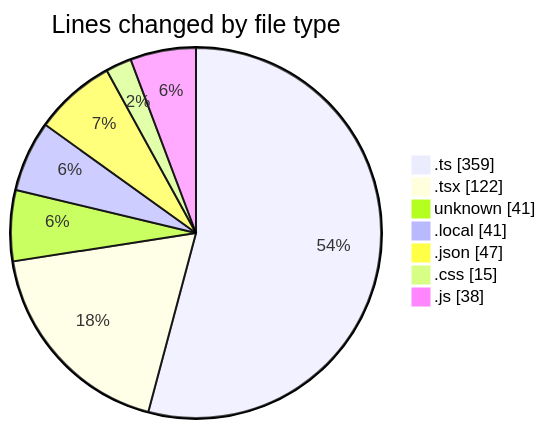
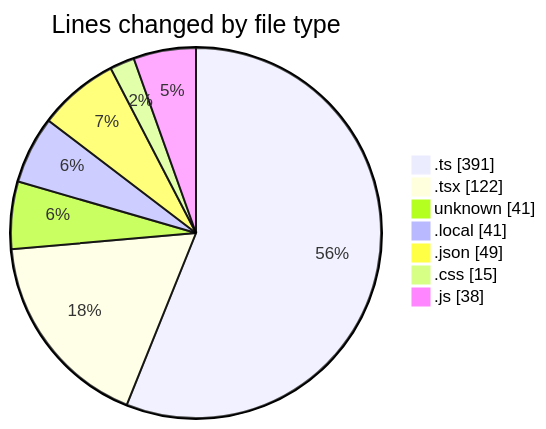
The first of 2 diagrams in 2026-02-26/car_database/README.md (momahboobian/code-tracking), drawn with Mermaid before and after one commit. The commit also changed other lines of this file and 1 other file, not shown here.

````diff
--- a/2026-02-26/car_database/README.md
+++ b/2026-02-26/car_database/README.md
@@ -36,11 +38,11 @@
 ```mermaid
 pie showData
 title Lines changed by file type
-".ts" : 359
+".ts" : 391
 ".tsx" : 122
 "unknown" : 41
 ".local" : 41
-".json" : 47
+".json" : 49
 ".css" : 15
 ".js" : 38
 ```
````
